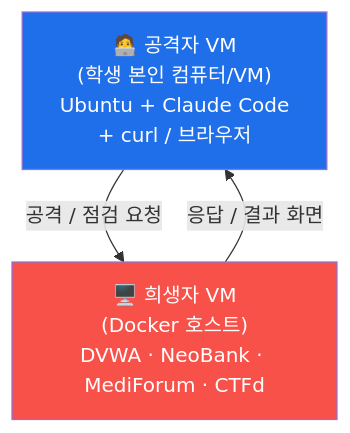
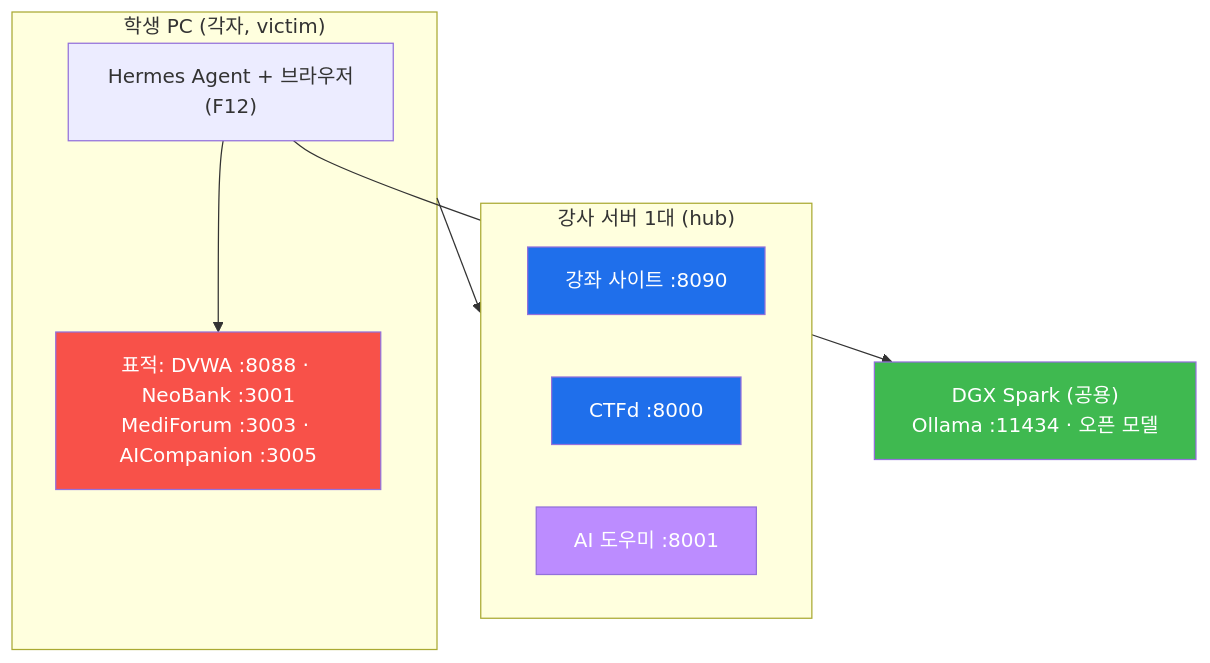
Before and after one commit to mrgrit/easy_web_hacking_class: the diagram in infra/README.md, drawn with Mermaid. The commit also changed other lines of this file and 68 other files, not shown here.

````diff
--- a/infra/README.md
+++ b/infra/README.md
@@ -5,7 +6,21 @@
 ```mermaid
-graph TD
-    A["🧑‍💻 공격자 VM<br/>(학생 본인 컴퓨터/VM)<br/>Ubuntu + Claude Code<br/>+ curl / 브라우저"] -->|"공격 / 점검 요청"| B["🖥️ 희생자 VM<br/>(Docker 호스트)<br/>DVWA · NeoBank · MediForum · CTFd"]
-    B -->|"응답 / 결과 화면"| A
-    style A fill:#1f6feb,color:#fff
-    style B fill:#f85149,color:#fff
+graph TB
+    subgraph HUB["강사 서버 1대 (hub)"]
+        S["강좌 사이트 :8090"]
+        C["CTFd :8000"]
+        A["AI 도우미 :8001"]
+    end
+    subgraph PC["학생 PC (각자, victim)"]
+        H["Hermes Agent + 브라우저(F12)"]
+        V["표적: DVWA :8088 · NeoBank :3001<br/>MediForum :3003 · AICompanion :3005"]
+    end
+    GPU["DGX Spark (공용)<br/>Ollama :11434 · 오픈 모델"]
+    H --> V
+    H --> GPU
+    PC --> HUB
+    style S fill:#1f6feb,color:#fff
+    style C fill:#1f6feb,color:#fff
+    style A fill:#bc8cff,color:#fff
+    style V fill:#f85149,color:#fff
+    style GPU fill:#3fb950,color:#fff
 ```
````
